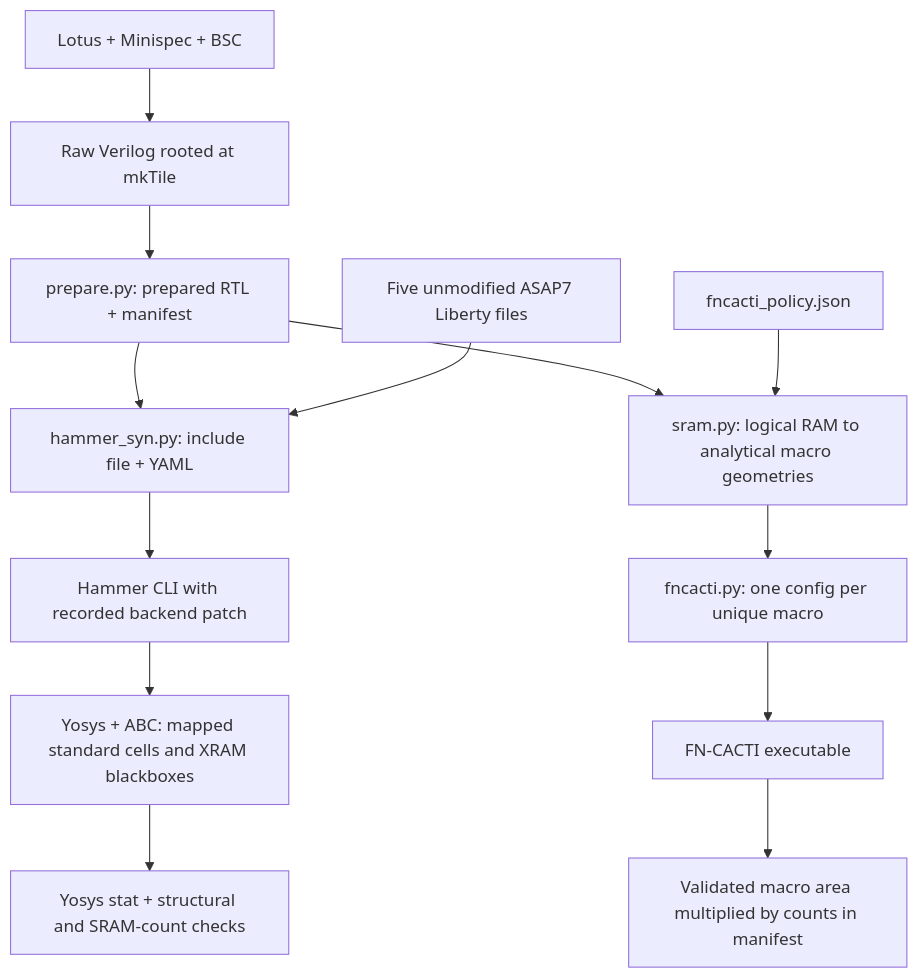
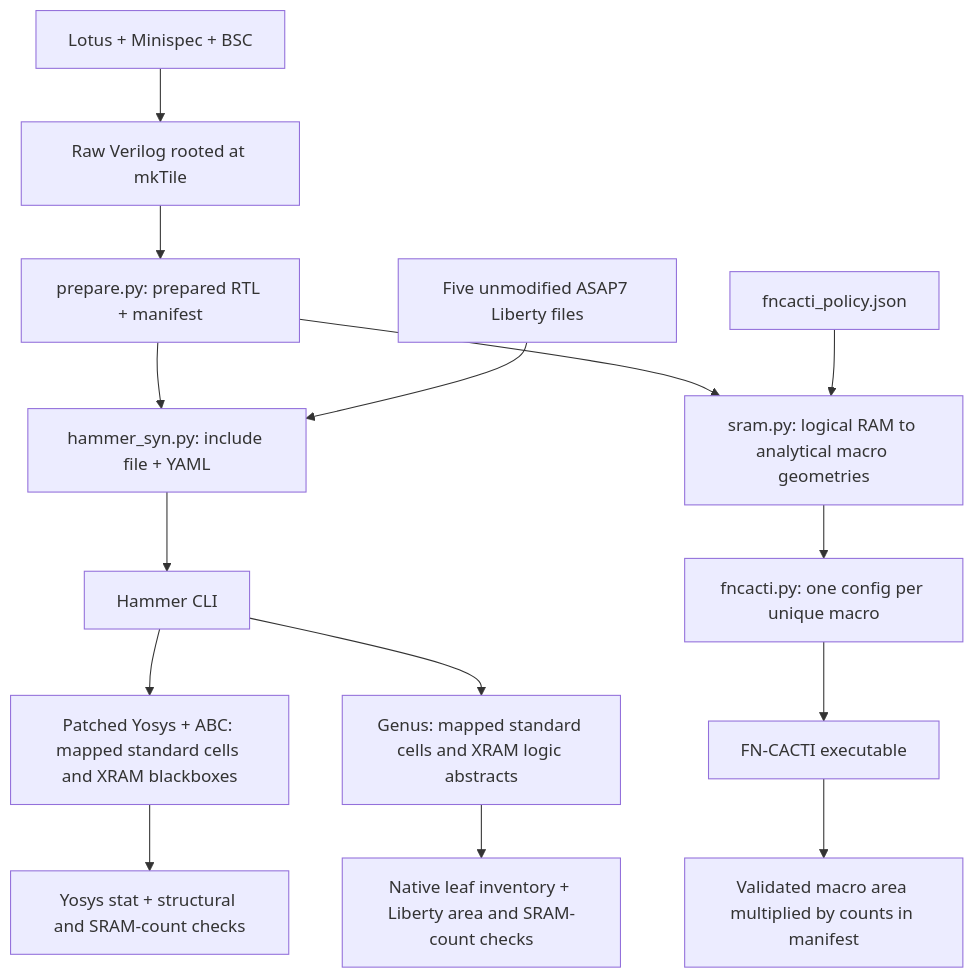
Before and after one commit to bluechen8/lotus: the diagram in scripts/asic/FLOW.md, drawn with Mermaid. The commit also changed other lines of this file and 4 other files, not shown here.

Commit message:
Add Hammer Genus support for ASAP7 logic synthesis

````diff
--- a/scripts/asic/FLOW.md
+++ b/scripts/asic/FLOW.md
@@ -31,15 +31,17 @@
 ```mermaid
 flowchart TD
     A[Lotus + Minispec + BSC] --> B[Raw Verilog rooted at mkTile]
     B --> C[prepare.py: prepared RTL + manifest]
     C --> D[hammer_syn.py: include file + YAML]
     L[Five unmodified ASAP7 Liberty files] --> D
-    D --> E[Hammer CLI with recorded backend patch]
-    E --> F[Yosys + ABC: mapped standard cells and XRAM blackboxes]
+    D --> E[Hammer CLI]
+    E --> F[Patched Yosys + ABC: mapped standard cells and XRAM blackboxes]
     F --> G[Yosys stat + structural and SRAM-count checks]
+    E --> N[Genus: mapped standard cells and XRAM logic abstracts]
+    N --> O[Native leaf inventory + Liberty area and SRAM-count checks]
     C --> H[sram.py: logical RAM to analytical macro geometries]
     P[fncacti_policy.json] --> H
     H --> I[fncacti.py: one config per unique macro]
     I --> J[FN-CACTI executable]
     J --> K[Validated macro area multiplied by counts in manifest]
 ```
````
